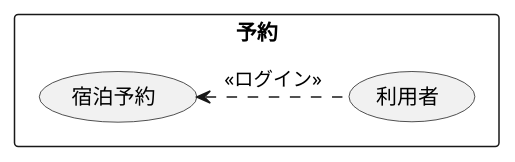
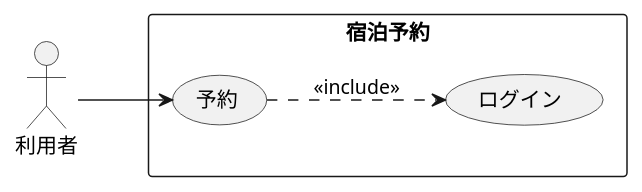
The diagram in 演習2-3_ホテル宿泊予約.pu (Nshikawakazuki/uml-intr), drawn with PlantUML before and after one commit. The commit also changed 2 other files, not shown here.

```diff
--- a/演習2-3_ホテル宿泊予約.pu
+++ b/演習2-3_ホテル宿泊予約.pu
@@ -1,7 +1,10 @@
 @startuml 宿泊予約
-rectangle 予約 {
-usecase 宿泊予約
-usecase 利用者
+left to right direction
+actor 利用者
+rectangle 宿泊予約 {
+    usecase 予約
+    usecase ログイン
 }
-宿泊予約 <. 利用者 : << ログイン >>
+利用者 --> 予約
+予約 ..> ログイン : <<include>>
 @enduml
```
